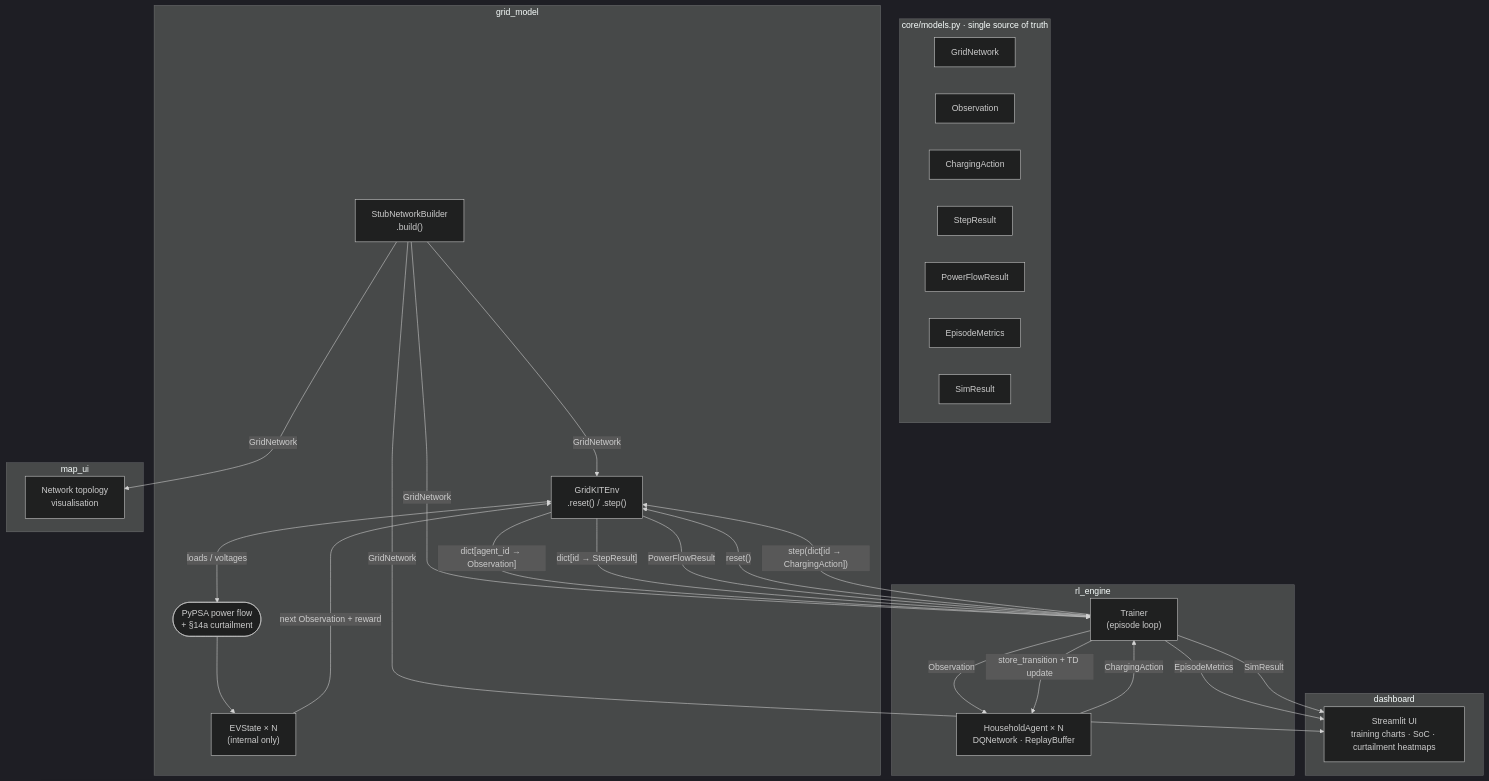
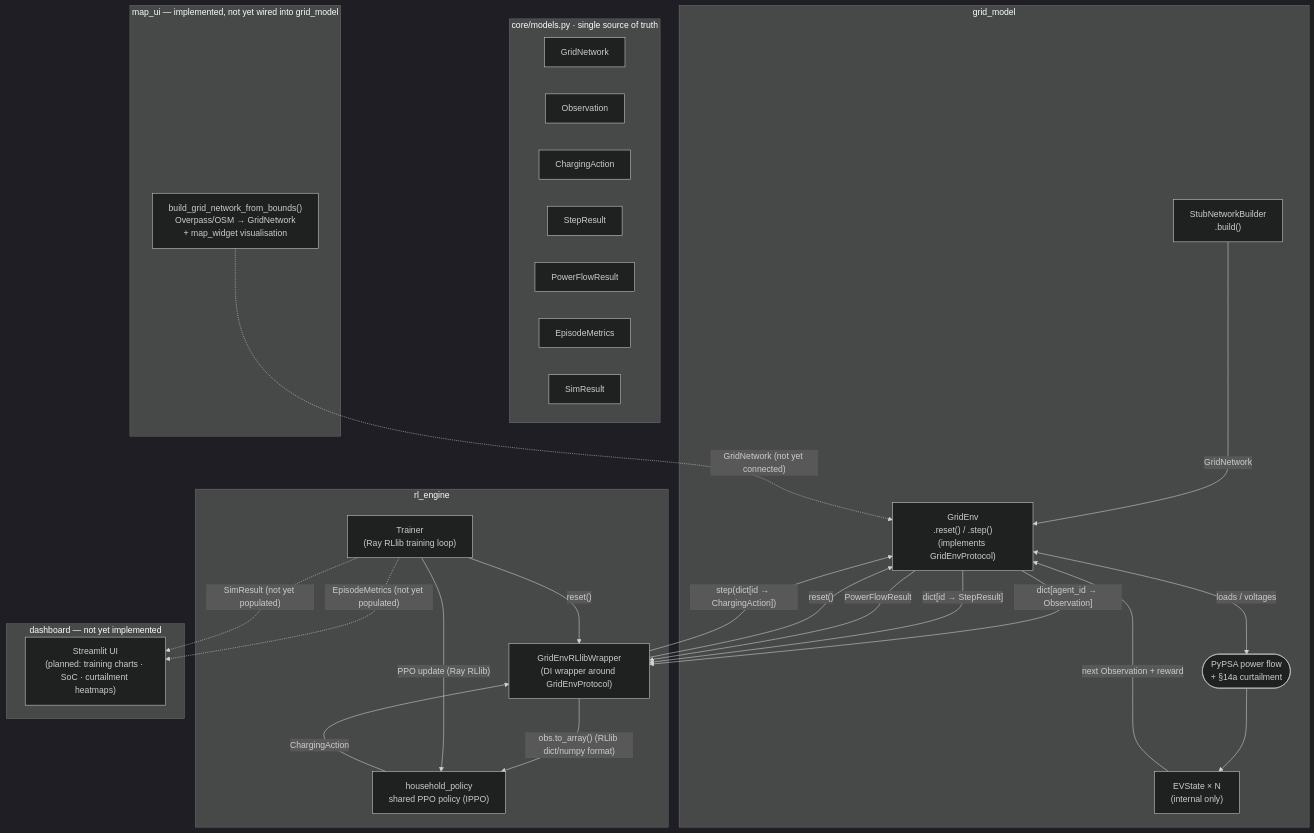
One commit to zrtmsn/GridKIT changed the diagram in md/gridkit_architecture.md. Above: the diagram before and after it, drawn with Mermaid (dark theme). The commit also changed other lines of this file and 4 other files, not shown here.

````diff
--- a/md/gridkit_architecture.md
+++ b/md/gridkit_architecture.md
@@ -7,59 +7,59 @@
 ```mermaid
 flowchart TD
     subgraph core ["core/models.py · single source of truth"]
         GridNetwork
         Observation
         ChargingAction
         StepResult
         PowerFlowResult
         EpisodeMetrics
         SimResult
     end
 
     subgraph grid_model ["grid_model"]
         builder["StubNetworkBuilder\n.build()"]
-        env["GridKITEnv\n.reset() / .step()"]
+        env["GridEnv\n.reset() / .step()\n(implements GridEnvProtocol)"]
         pypsa(["PyPSA power flow\n+ §14a curtailment"])
         evstate["EVState × N\n(internal only)"]
     end
 
     subgraph rl_engine ["rl_engine"]
-        trainer["Trainer\n(episode loop)"]
-        agent["HouseholdAgent × N\nDQNetwork · ReplayBuffer"]
+        wrapper["GridEnvRLlibWrapper\n(DI wrapper around GridEnvProtocol)"]
+        trainer["Trainer\n(Ray RLlib training loop)"]
+        policy["household_policy\nshared PPO policy (IPPO)"]
     end
 
-    subgraph map_ui ["map_ui"]
-        map["Network topology\nvisualisation"]
+    subgraph map_ui ["map_ui — implemented, not yet wired into grid_model"]
+        map["build_grid_network_from_bounds()\nOverpass/OSM → GridNetwork\n+ map_widget visualisation"]
     end
 
-    subgraph dashboard ["dashboard"]
-        ui["Streamlit UI\ntraining charts · SoC · curtailment heatmaps"]
+    subgraph dashboard ["dashboard — not yet implemented"]
+        ui["Streamlit UI\n(planned: training charts · SoC · curtailment heatmaps)"]
     end
 
     %% ── SETUP ────────────────────────────────────────────────
     builder -->|"GridNetwork"| env
-    builder -->|"GridNetwork"| trainer
-    builder -->|"GridNetwork"| map
-    builder -->|"GridNetwork"| ui
+    map -.->|"GridNetwork (not yet connected)"| env
 
     %% ── EPISODE RESET ────────────────────────────────────────
-    trainer -- "reset()" --> env
-    env -->|"dict[agent_id → Observation]"| trainer
+    trainer -- "reset()" --> wrapper
+    wrapper -- "reset()" --> env
+    env -->|"dict[agent_id → Observation]"| wrapper
 
     %% ── TIMESTEP LOOP ×96 ────────────────────────────────────
-    trainer -->|"Observation"| agent
-    agent -->|"ChargingAction"| trainer
-    trainer -- "step(dict[id → ChargingAction])" --> env
+    wrapper -->|"obs.to_array() (RLlib dict/numpy format)"| policy
+    policy -->|"ChargingAction"| wrapper
+    wrapper -- "step(dict[id → ChargingAction])" --> env
     env <-->|"loads / voltages"| pypsa
     pypsa --> evstate
     evstate -->|"next Observation + reward"| env
-    env -->|"dict[id → StepResult]"| trainer
-    env -->|"PowerFlowResult"| trainer
+    env -->|"dict[id → StepResult]"| wrapper
+    env -->|"PowerFlowResult"| wrapper
 
     %% ── LEARNING ─────────────────────────────────────────────
-    trainer -->|"store_transition + TD update"| agent
+    trainer -->|"PPO update (Ray RLlib)"| policy
 
     %% ── EPISODE END ──────────────────────────────────────────
-    trainer -->|"EpisodeMetrics"| ui
-    trainer -->|"SimResult"| ui
+    trainer -.->|"EpisodeMetrics (not yet populated)"| ui
+    trainer -.->|"SimResult (not yet populated)"| ui
 ```
````
